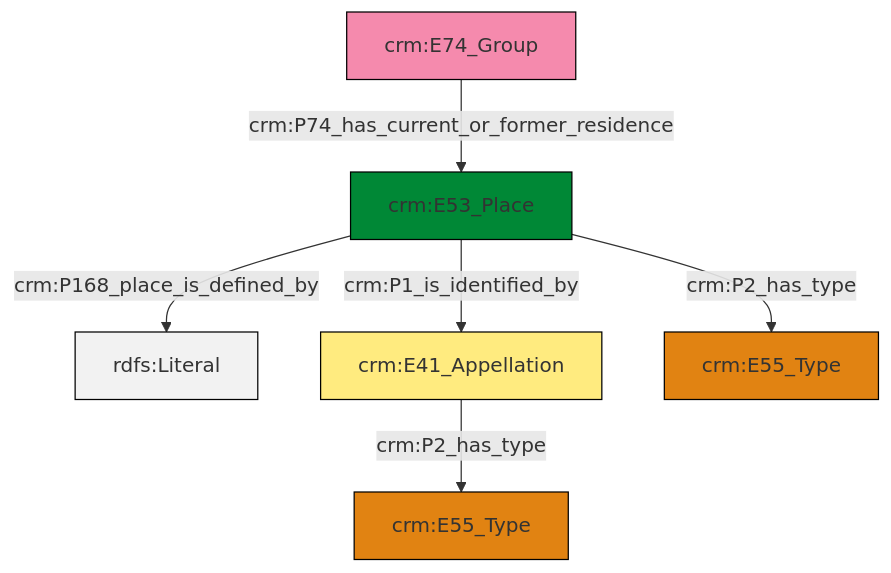
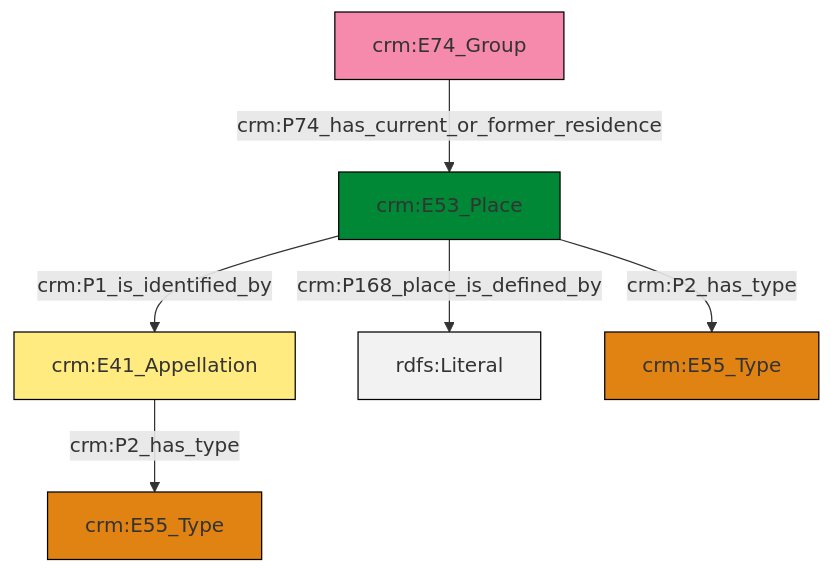
The diagram in et/groupCSV/ttl/mmd/group_location.ttl.mmd (swiss-art-research-net/reference-data-models), drawn with Mermaid before and after one commit. The commit also changed 122 other files, not shown here.

```diff
--- a/et/groupCSV/ttl/mmd/group_location.ttl.mmd
+++ b/et/groupCSV/ttl/mmd/group_location.ttl.mmd
@@ -1,20 +1,20 @@
 graph TD
 classDef Literal fill:#f2f2f2,stroke:#000000;
 classDef CRM_Entity fill:#FFFFFF,stroke:#000000;
 classDef Temporal_Entity fill:#00C9E6, stroke:#000000;
 classDef Type fill:#E18312, stroke:#000000;
 classDef Time-Span fill:#2C9C91, stroke:#000000;
 classDef Appellation fill:#FFEB7F, stroke:#000000;
 classDef Place fill:#008836, stroke:#000000;
 classDef Persistent_Item fill:#B266B2, stroke:#000000;
 classDef Conceptual_Object fill:#FFD700, stroke:#000000;
 classDef Physical_Thing fill:#D2B48C, stroke:#000000;
 classDef Actor fill:#f58aad, stroke:#000000;
 classDef PC_Classes fill:#4ce600, stroke:#000000;
 classDef Multi fill:#cccccc,stroke:#000000;
 
-2["crm:E53_Place"]:::Place -->|crm:P168_place_is_defined_by| 3[rdfs:Literal]:::Literal
+2["crm:E53_Place"]:::Place -->|crm:P168_place_is_defined_by| 6[rdfs:Literal]:::Literal
+0["crm:E74_Group"]:::Actor -->|crm:P74_has_current_or_former_residence| 2["crm:E53_Place"]:::Place
+4["crm:E41_Appellation"]:::Appellation -->|crm:P2_has_type| 7["crm:E55_Type"]:::Type
+2["crm:E53_Place"]:::Place -->|crm:P2_has_type| 10["crm:E55_Type"]:::Type
 2["crm:E53_Place"]:::Place -->|crm:P1_is_identified_by| 4["crm:E41_Appellation"]:::Appellation
-4["crm:E41_Appellation"]:::Appellation -->|crm:P2_has_type| 7["crm:E55_Type"]:::Type
-0["crm:E74_Group"]:::Actor -->|crm:P74_has_current_or_former_residence| 2["crm:E53_Place"]:::Place
-2["crm:E53_Place"]:::Place -->|crm:P2_has_type| 10["crm:E55_Type"]:::Type
```
